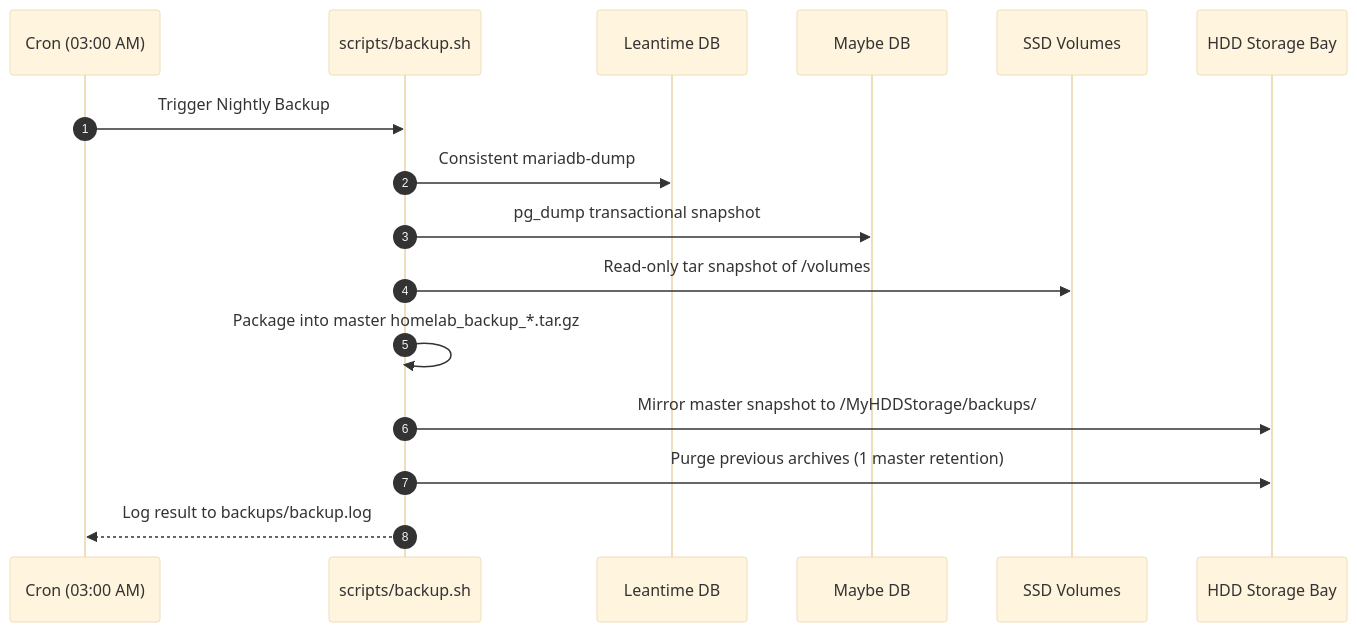
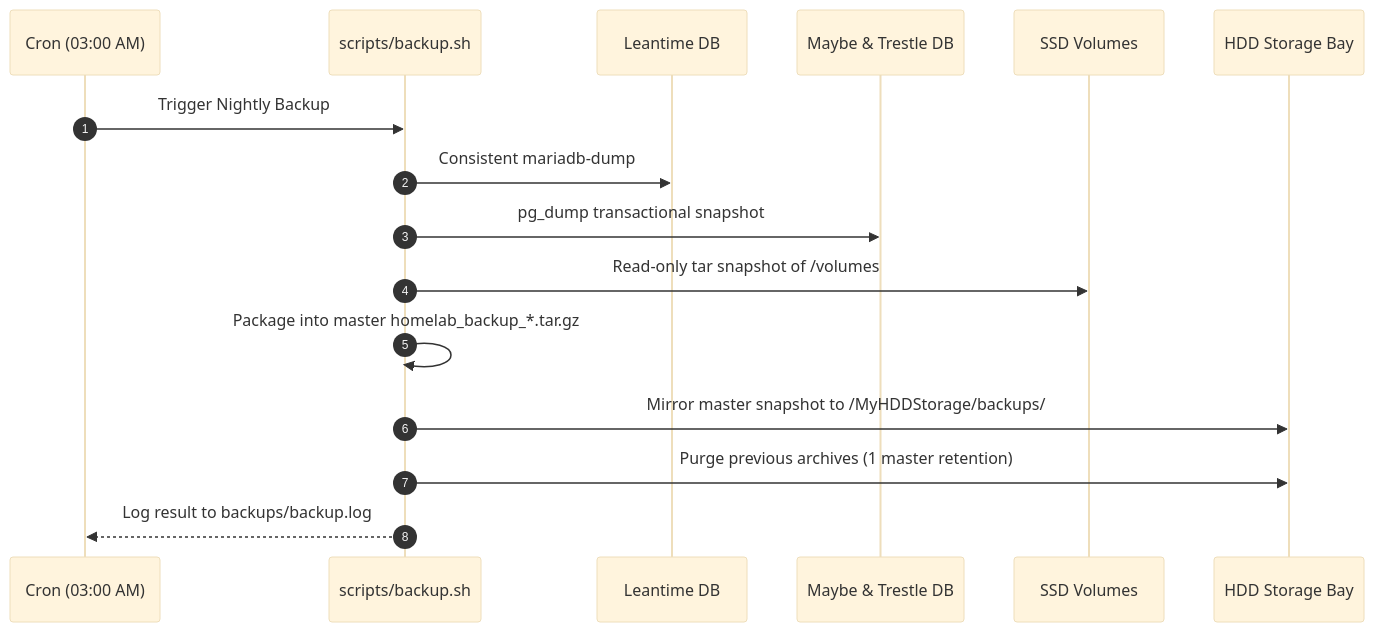
One commit to maruf-pfc/homelab changed the third of 3 diagrams in README.md. Above: the diagram before and after it, drawn with Mermaid (base theme). The commit also changed other lines of this file and 7 other files, not shown here.

````diff
--- a/README.md
+++ b/README.md
@@ -127,19 +131,19 @@
 ```mermaid
 sequenceDiagram
     autonumber
     participant Cron as Cron (03:00 AM)
     participant Script as scripts/backup.sh
     participant MariaDB as Leantime DB
-    participant Postgres as Maybe DB
+    participant Postgres as Maybe & Trestle DB
     participant SSD as SSD Volumes
     participant HDD as HDD Storage Bay
 
     Cron->>Script: Trigger Nightly Backup
     Script->>MariaDB: Consistent mariadb-dump
     Script->>Postgres: pg_dump transactional snapshot
     Script->>SSD: Read-only tar snapshot of /volumes
     Script->>Script: Package into master homelab_backup_*.tar.gz
     Script->>HDD: Mirror master snapshot to /MyHDDStorage/backups/
     Script->>HDD: Purge previous archives (1 master retention)
     Script-->>Cron: Log result to backups/backup.log
 ```
````
